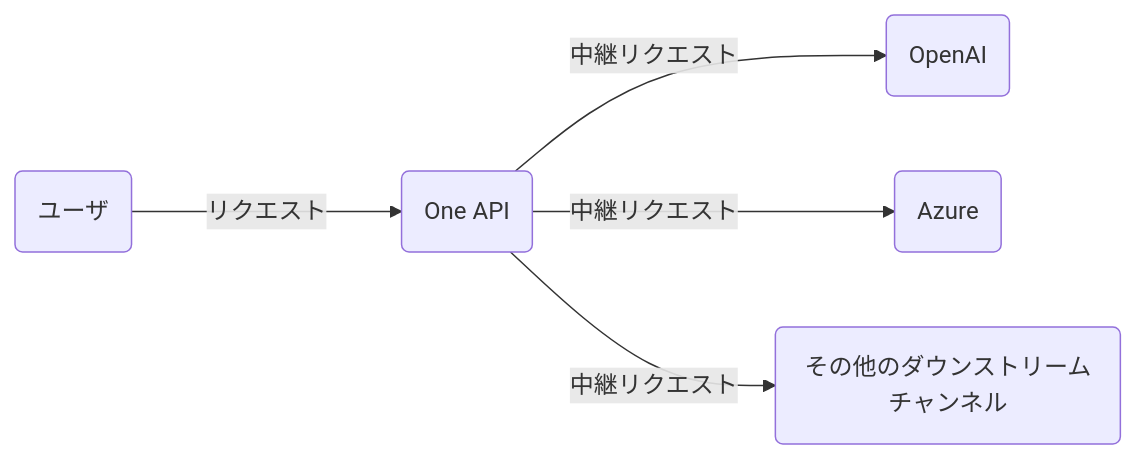
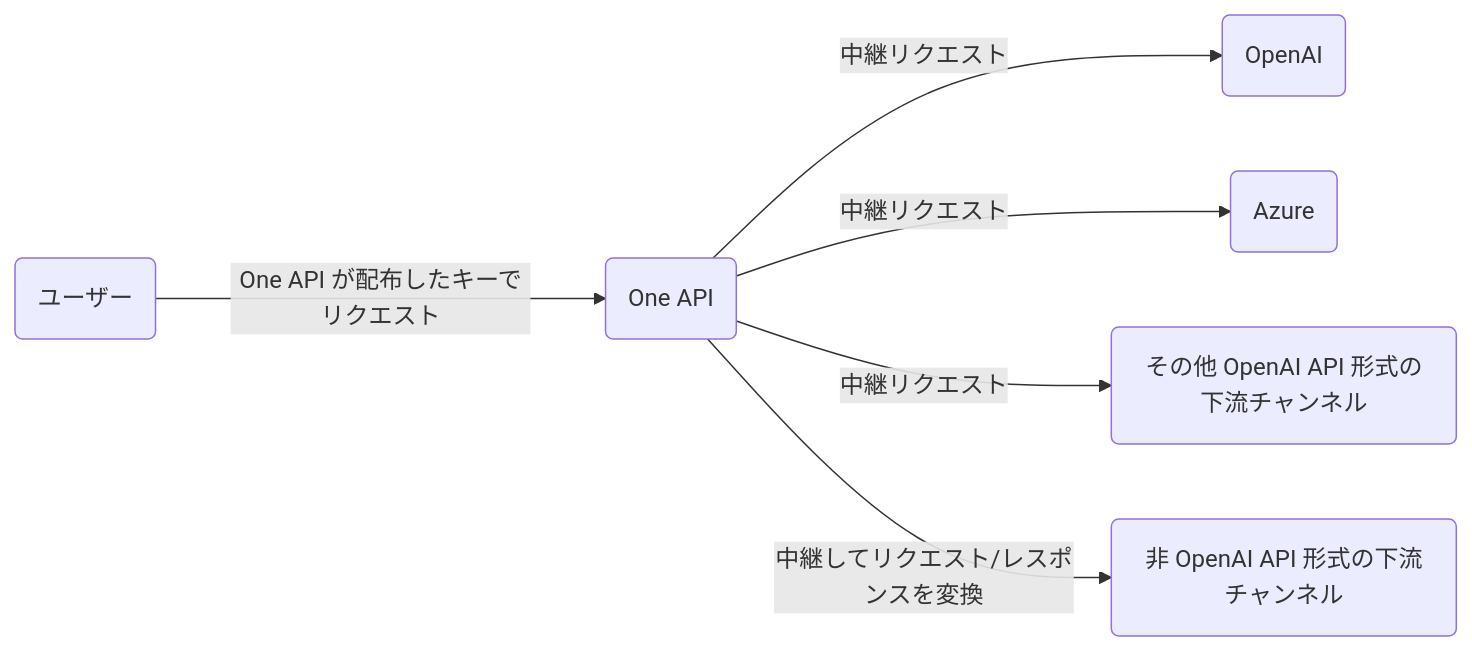
The diagram in README.ja.md (hanyuestar/one-api), drawn with Mermaid before and after one commit. The commit also changed other lines of this file and 1 other file, not shown here.

````diff
--- a/README.ja.md
+++ b/README.ja.md
@@ -296,8 +407,9 @@
 ```mermaid
 graph LR
-    A(ユーザ)
-    A --->|リクエスト| B(One API)
+    A(ユーザー)
+    A --->|One API が配布したキーでリクエスト| B(One API)
     B -->|中継リクエスト| C(OpenAI)
     B -->|中継リクエスト| D(Azure)
-    B -->|中継リクエスト| E(その他のダウンストリームチャンネル)
+    B -->|中継リクエスト| E(その他 OpenAI API 形式の下流チャンネル)
+    B -->|中継してリクエスト/レスポンスを変換| F(非 OpenAI API 形式の下流チャンネル)
 ```
````
